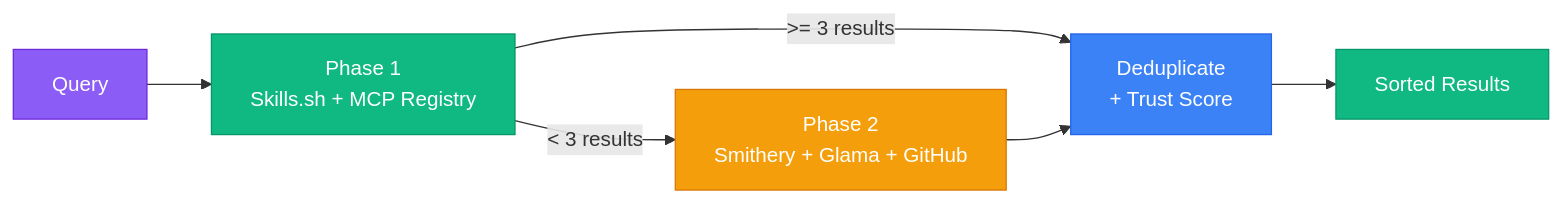
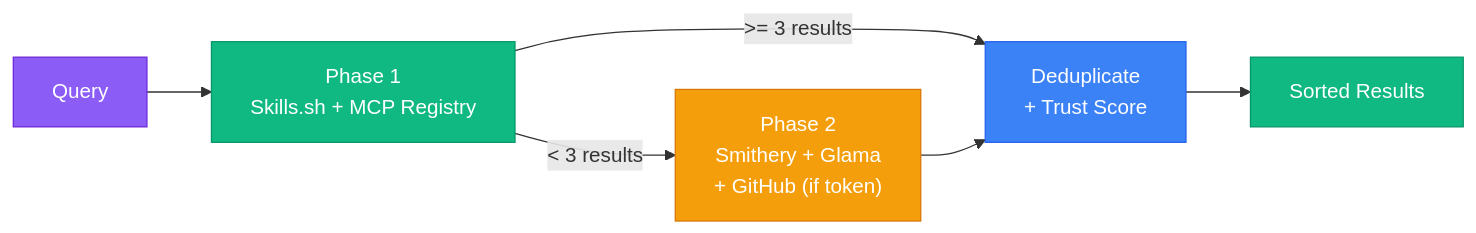
Before and after one commit to ancrz/skill-swarm-mcp: the second of 6 diagrams in README.md, drawn with Mermaid. The commit also changed other lines of this file, not shown here.

Commit message:
docs: sync mermaid diagrams with token and install architecture

````diff
--- a/README.md
+++ b/README.md
@@ -61,14 +61,14 @@
 ```mermaid
 flowchart LR
     Q["Query"] --> P1["Phase 1<br/>Skills.sh + MCP Registry"]
     P1 -->|">= 3 results"| D["Deduplicate<br/>+ Trust Score"]
-    P1 -->|"< 3 results"| P2["Phase 2<br/>Smithery + Glama + GitHub"]
+    P1 -->|"< 3 results"| P2["Phase 2<br/>Smithery + Glama<br/>+ GitHub (if token)"]
     P2 --> D
     D --> R["Sorted Results"]
 
     style Q fill:#8B5CF6,stroke:#6D28D9,color:#fff
     style P1 fill:#10B981,stroke:#059669,color:#fff
     style P2 fill:#F59E0B,stroke:#D97706,color:#fff
     style D fill:#3B82F6,stroke:#2563EB,color:#fff
     style R fill:#10B981,stroke:#059669,color:#fff
 ```
````
